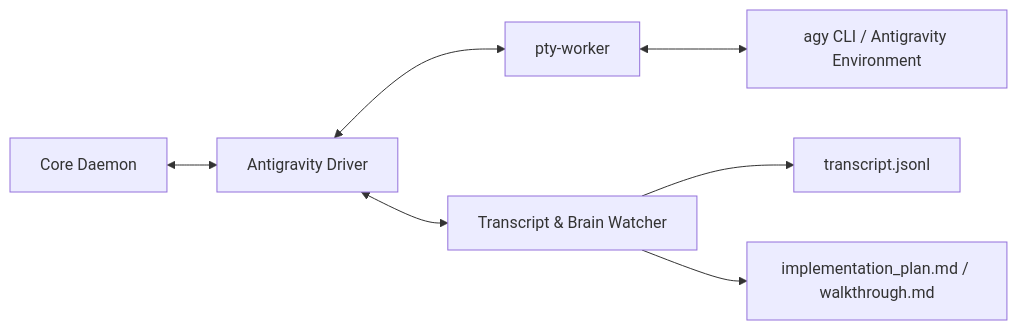
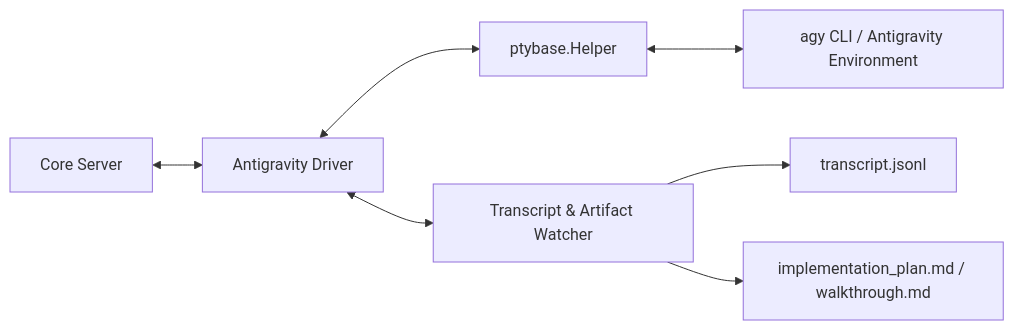
Before and after one commit to morewebs/OpenRemote: the third of 6 diagrams in docs/spec/03_AGENT_DRIVERS_SPEC.md, drawn with Mermaid. The commit also changed other lines of this file and 12 other files, not shown here.

````diff
--- a/docs/spec/03_AGENT_DRIVERS_SPEC.md
+++ b/docs/spec/03_AGENT_DRIVERS_SPEC.md
@@ -69,9 +119,9 @@
 ```mermaid
 graph LR
-    Daemon[Core Daemon] <--> Driver[Antigravity Driver]
-    Driver <--> PTY[pty-worker]
-    PTY <--> CLI["agy CLI / Antigravity Environment"]
-    Driver <--> Watcher[Transcript & Brain Watcher]
-    Watcher --> JSONL["transcript.jsonl"]
-    Watcher --> Artifacts["implementation_plan.md / walkthrough.md"]
+    Daemon[Core Server] <--> Driver[Antigravity Driver]
+    Driver <--> PTYBase[ptybase.Helper]
+    PTYBase <--> AGYCLI["agy CLI / Antigravity Environment"]
+    Driver <--> BrainWatcher[Transcript & Artifact Watcher]
+    BrainWatcher --> JSONL["transcript.jsonl"]
+    BrainWatcher --> Artifacts["implementation_plan.md / walkthrough.md"]
 ```
````
